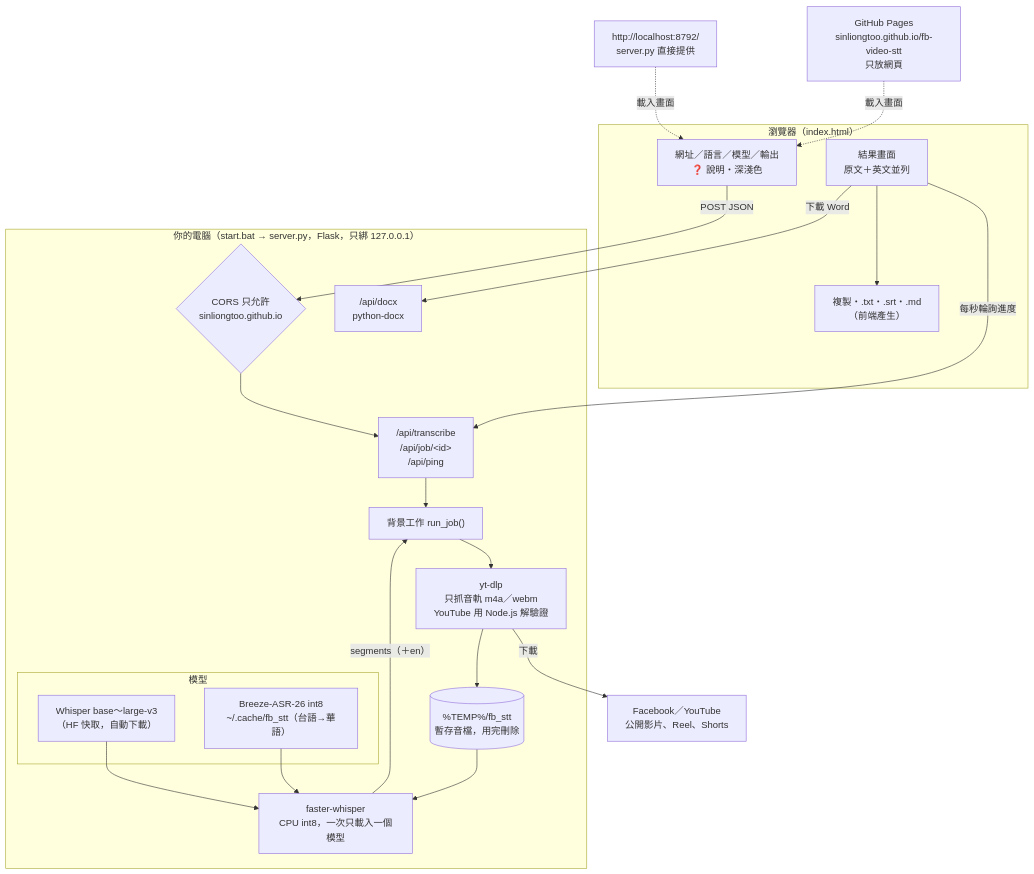
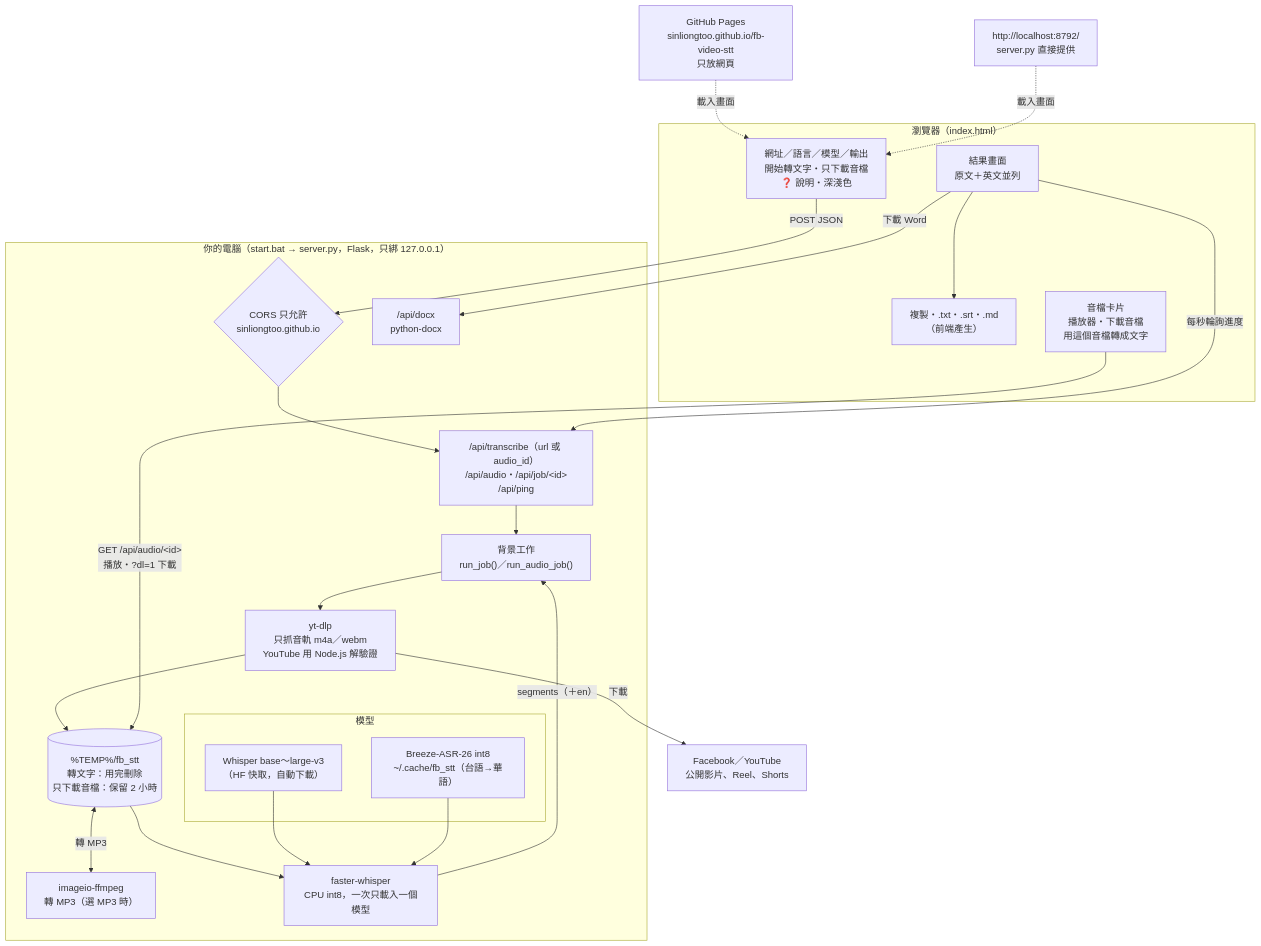
The first of 3 diagrams in README.md (SinLiongToo/fb-video-stt), drawn with Mermaid before and after one commit. The commit also changed other lines of this file and 8 other files, not shown here.

````diff
--- a/README.md
+++ b/README.md
@@ -82,37 +94,41 @@
 ```mermaid
 flowchart TD
     subgraph BROWSER["瀏覽器（index.html）"]
-        UI["網址／語言／模型／輸出<br/>❓ 說明・深淺色"]
+        UI["網址／語言／模型／輸出<br/>開始轉文字・只下載音檔<br/>❓ 說明・深淺色"]
         VIEW["結果畫面<br/>原文＋英文並列"]
         EXP["複製・.txt・.srt・.md<br/>（前端產生）"]
+        PLAYER["音檔卡片<br/>播放器・下載音檔<br/>用這個音檔轉成文字"]
     end
 
     PAGES["GitHub Pages<br/>sinliongtoo.github.io/fb-video-stt<br/>只放網頁"] -.->|"載入畫面"| UI
     LOCALPAGE["http://localhost:8792/<br/>server.py 直接提供"] -.->|"載入畫面"| UI
 
     subgraph PC["你的電腦（start.bat → server.py，Flask，只綁 127.0.0.1）"]
-        API["/api/transcribe<br/>/api/job/&lt;id&gt;<br/>/api/ping"]
+        API["/api/transcribe（url 或 audio_id）<br/>/api/audio・/api/job/&lt;id&gt;<br/>/api/ping"]
         CORS{"CORS 只允許<br/>sinliongtoo.github.io"}
-        JOB["背景工作 run_job()"]
+        JOB["背景工作<br/>run_job()／run_audio_job()"]
         YTDLP["yt-dlp<br/>只抓音軌 m4a／webm<br/>YouTube 用 Node.js 解驗證"]
-        TMP[("%TEMP%/fb_stt<br/>暫存音檔，用完刪除")]
+        TMP[("%TEMP%/fb_stt<br/>轉文字：用完刪除<br/>只下載音檔：保留 2 小時")]
+        FFMPEG["imageio-ffmpeg<br/>轉 MP3（選 MP3 時）"]
         FW["faster-whisper<br/>CPU int8，一次只載入一個模型"]
         DOCX["/api/docx<br/>python-docx"]
         subgraph MODELS["模型"]
             WH["Whisper base～large-v3<br/>（HF 快取，自動下載）"]
             BZ["Breeze-ASR-26 int8<br/>~/.cache/fb_stt（台語→華語）"]
         end
     end
 
     FB["Facebook／YouTube<br/>公開影片、Reel、Shorts"]
 
     UI -->|"POST JSON"| CORS --> API --> JOB
     JOB --> YTDLP -->|"下載"| FB
     YTDLP --> TMP --> FW
+    TMP <-->|"轉 MP3"| FFMPEG
+    PLAYER -->|"GET /api/audio/&lt;id&gt;<br/>播放・?dl=1 下載"| TMP
     WH --> FW
     BZ --> FW
     FW -->|"segments（＋en）"| JOB
     VIEW -->|"每秒輪詢進度"| API
     VIEW --> EXP
     VIEW -->|"下載 Word"| DOCX
 ```
````
